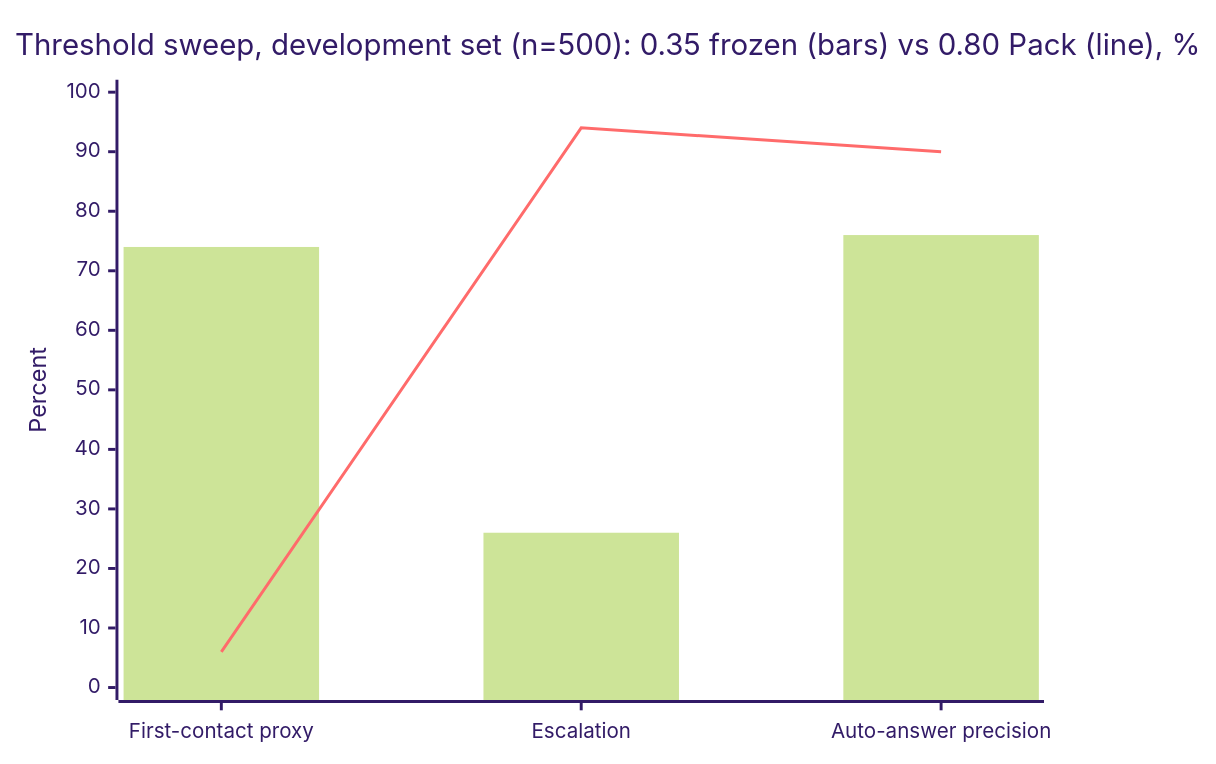
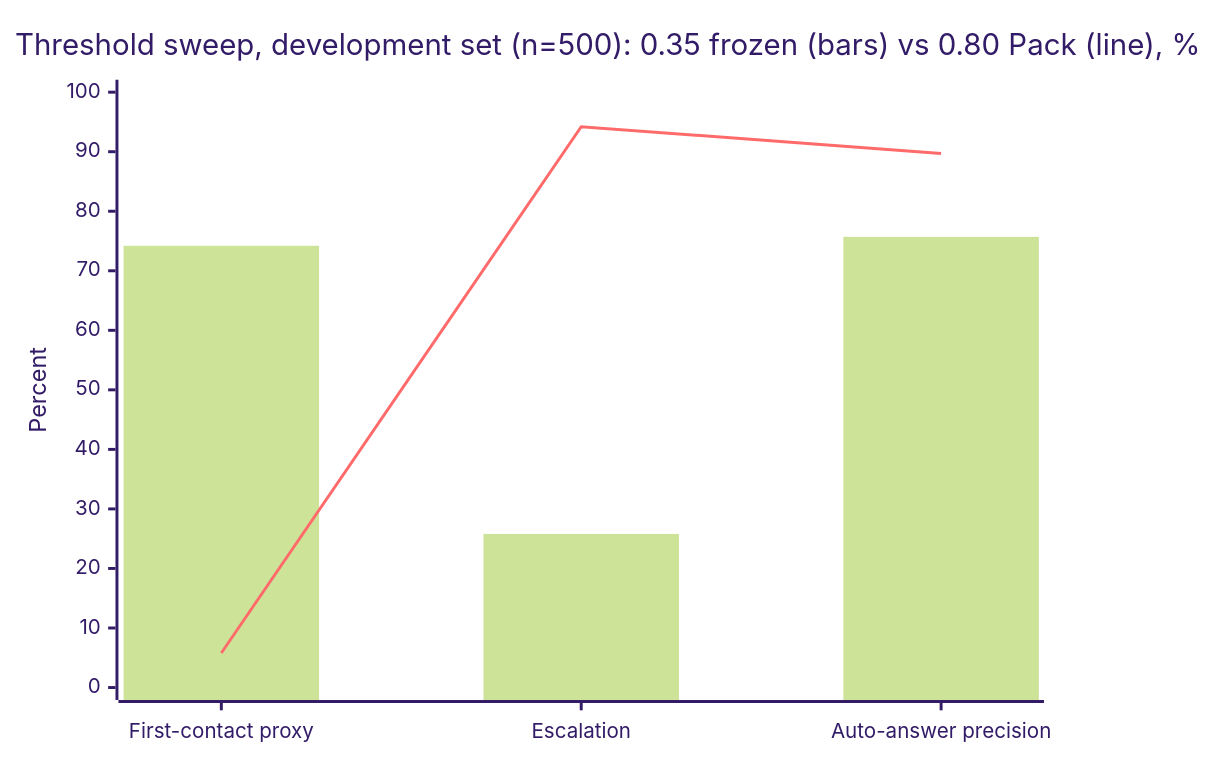
One commit to learningsam20/cloudserve-assist changed the fourth of 9 diagrams in docs/report/CloudServe_Assistant_Report.md. Above: the diagram before and after it, drawn with Mermaid (forest theme). The commit also changed other lines of this file and 9 other files, not shown here.

````diff
--- a/docs/report/CloudServe_Assistant_Report.md
+++ b/docs/report/CloudServe_Assistant_Report.md
@@ -426,8 +426,8 @@
 ```mermaid
 xychart-beta
     title "Threshold sweep, development set (n=500): 0.35 frozen (bars) vs 0.80 Pack (line), %"
     x-axis ["First-contact proxy", "Escalation", "Auto-answer precision"]
     y-axis "Percent" 0 --> 100
-    bar [74, 26, 76]
-    line [6, 94, 90]
+    bar [74.2, 25.8, 75.7]
+    line [5.8, 94.2, 89.7]
 ```
````
